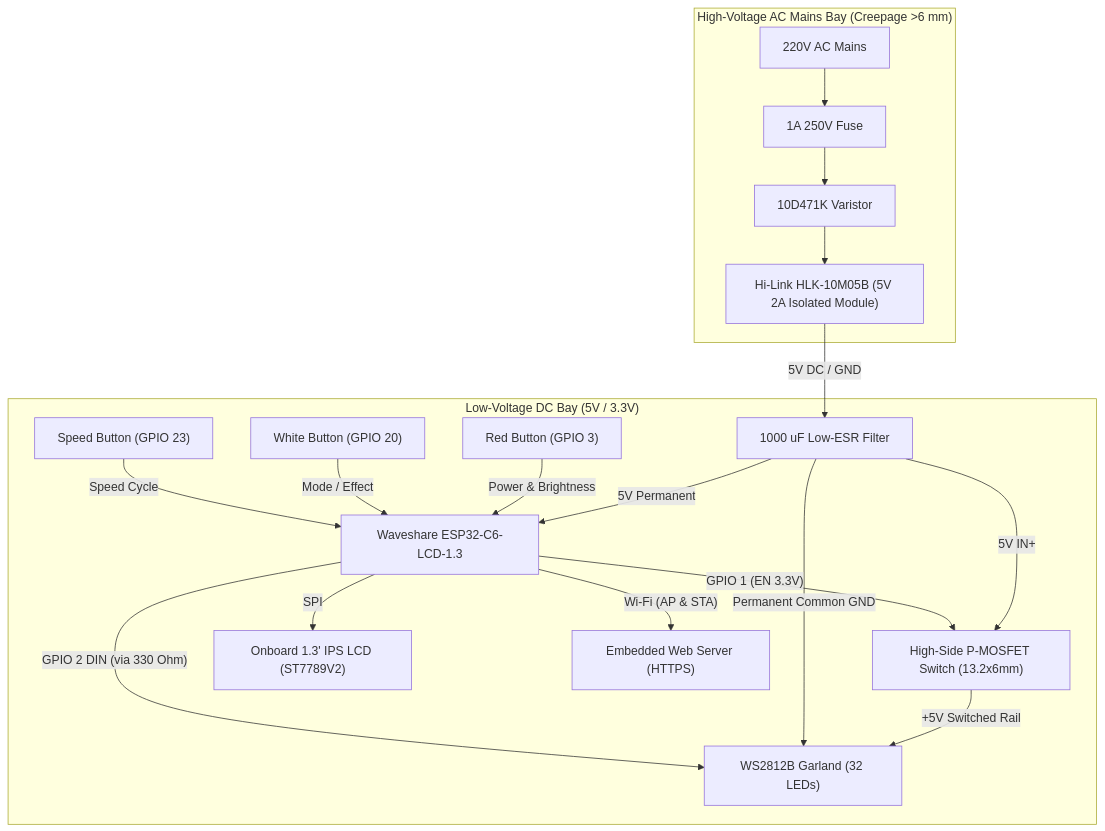
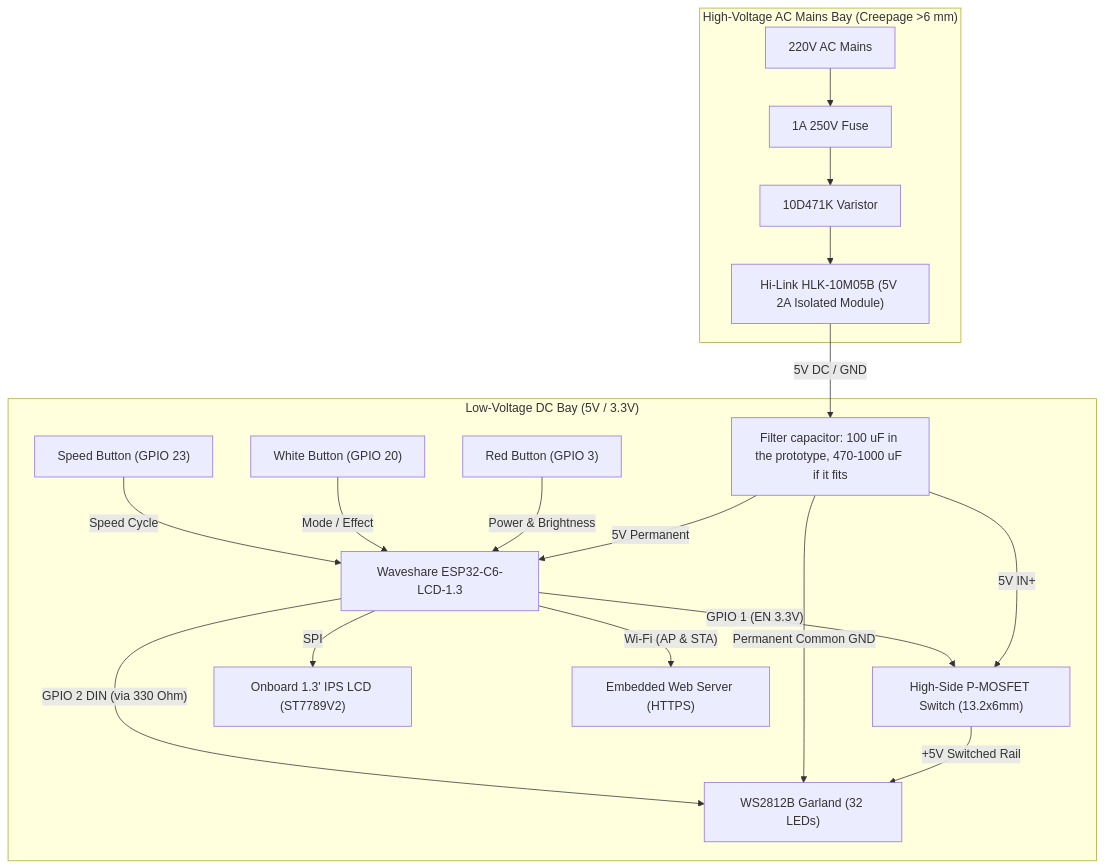
The first of 3 diagrams in docs/hardware/control-unit.md (ABespalov/csigarland), drawn with Mermaid before and after one commit. The commit also changed other lines of this file and 182 other files, not shown here.

````diff
--- a/docs/hardware/control-unit.md
+++ b/docs/hardware/control-unit.md
@@ -7,25 +7,25 @@
 ```mermaid
 flowchart TD
     subgraph AC_Section ["High-Voltage AC Mains Bay (Creepage >6 mm)"]
         AC["220V AC Mains"] --> Fuse["1A 250V Fuse"]
         Fuse --> MOV["10D471K Varistor"]
         MOV --> HiLink["Hi-Link HLK-10M05B (5V 2A Isolated Module)"]
     end
 
     subgraph DC_Section ["Low-Voltage DC Bay (5V / 3.3V)"]
-        HiLink -->|"5V DC / GND"| Cap["1000 uF Low-ESR Filter"]
+        HiLink -->|"5V DC / GND"| Cap["Filter capacitor: 100 uF in the prototype, 470-1000 uF if it fits"]
         Cap -->|"5V Permanent"| ESP["Waveshare ESP32-C6-LCD-1.3"]
         Cap -->|"5V IN+"| Mosfet["High-Side P-MOSFET Switch (13.2x6mm)"]
         
         ESP -->|"GPIO 1 (EN 3.3V)"| Mosfet
         Mosfet -->|"+5V Switched Rail"| Garland["WS2812B Garland (32 LEDs)"]
         Cap -->|"Permanent Common GND"| Garland
         ESP -->|"GPIO 2 DIN (via 330 Ohm)"| Garland
 
         BtnRed["Red Button (GPIO 3)"] -->|"Power & Brightness"| ESP
         BtnWhite["White Button (GPIO 20)"] -->|"Mode / Effect"| ESP
         BtnSpeed["Speed Button (GPIO 23)"] -->|"Speed Cycle"| ESP
         ESP -->|"SPI"| LCD["Onboard 1.3' IPS LCD (ST7789V2)"]
         ESP -->|"Wi-Fi (AP & STA)"| WebServer["Embedded Web Server (HTTPS)"]
     end
 ```
````
